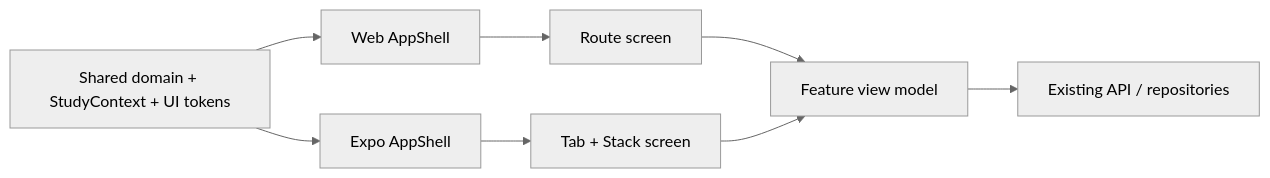
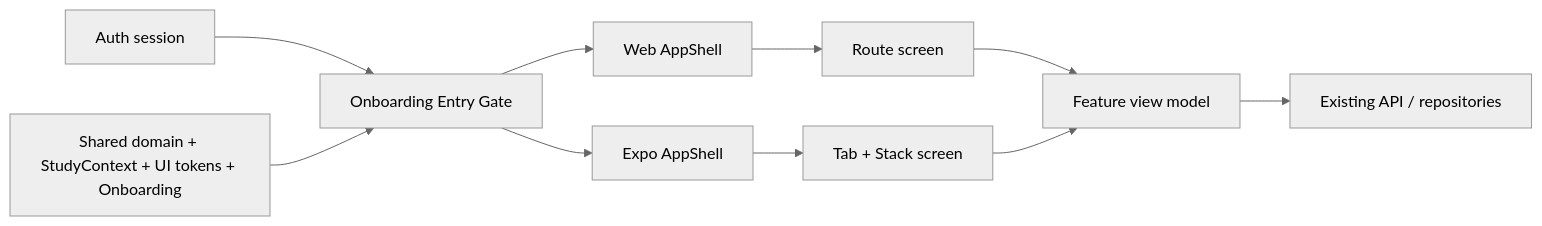
Before and after one commit to ImOrenge/KJV-HolyBible-Reder: the third of 3 diagrams in docs/mvp-phases/bible-study-ui-ux-redesign-architecture.md, drawn with Mermaid (neutral theme). The commit also changed other lines of this file, not shown here.

````diff
--- a/docs/mvp-phases/bible-study-ui-ux-redesign-architecture.md
+++ b/docs/mvp-phases/bible-study-ui-ux-redesign-architecture.md
@@ -222,10 +273,12 @@
 ```mermaid
 flowchart LR
-  SHARED["Shared domain + StudyContext + UI tokens"] --> WEB_SHELL["Web AppShell"]
-  SHARED --> MOBILE_SHELL["Expo AppShell"]
+  AUTH["Auth session"] --> ENTRY_GATE["Onboarding Entry Gate"]
+  SHARED["Shared domain + StudyContext + UI tokens + Onboarding"] --> ENTRY_GATE
+  ENTRY_GATE --> WEB_SHELL["Web AppShell"]
+  ENTRY_GATE --> MOBILE_SHELL["Expo AppShell"]
   WEB_SHELL --> WEB_ROUTE["Route screen"]
   MOBILE_SHELL --> MOBILE_STACK["Tab + Stack screen"]
   WEB_ROUTE --> FEATURE_VM["Feature view model"]
   MOBILE_STACK --> FEATURE_VM
   FEATURE_VM --> API["Existing API / repositories"]
 ```
````
